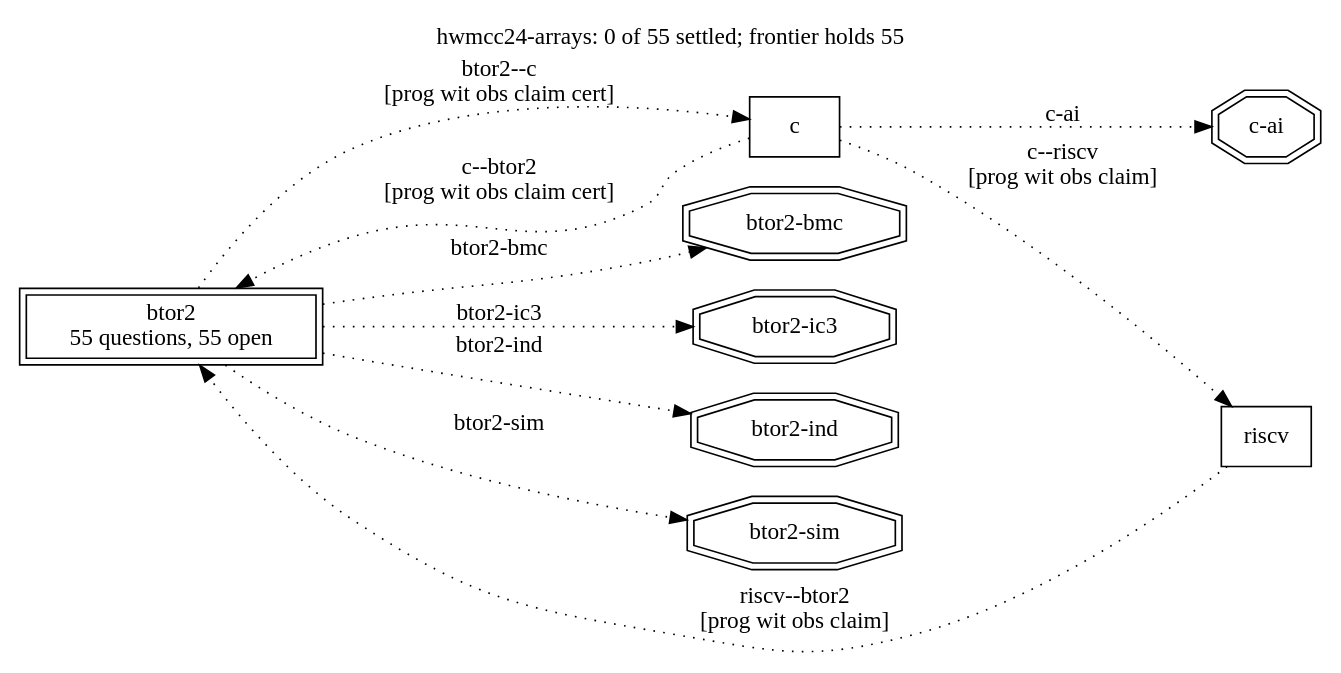
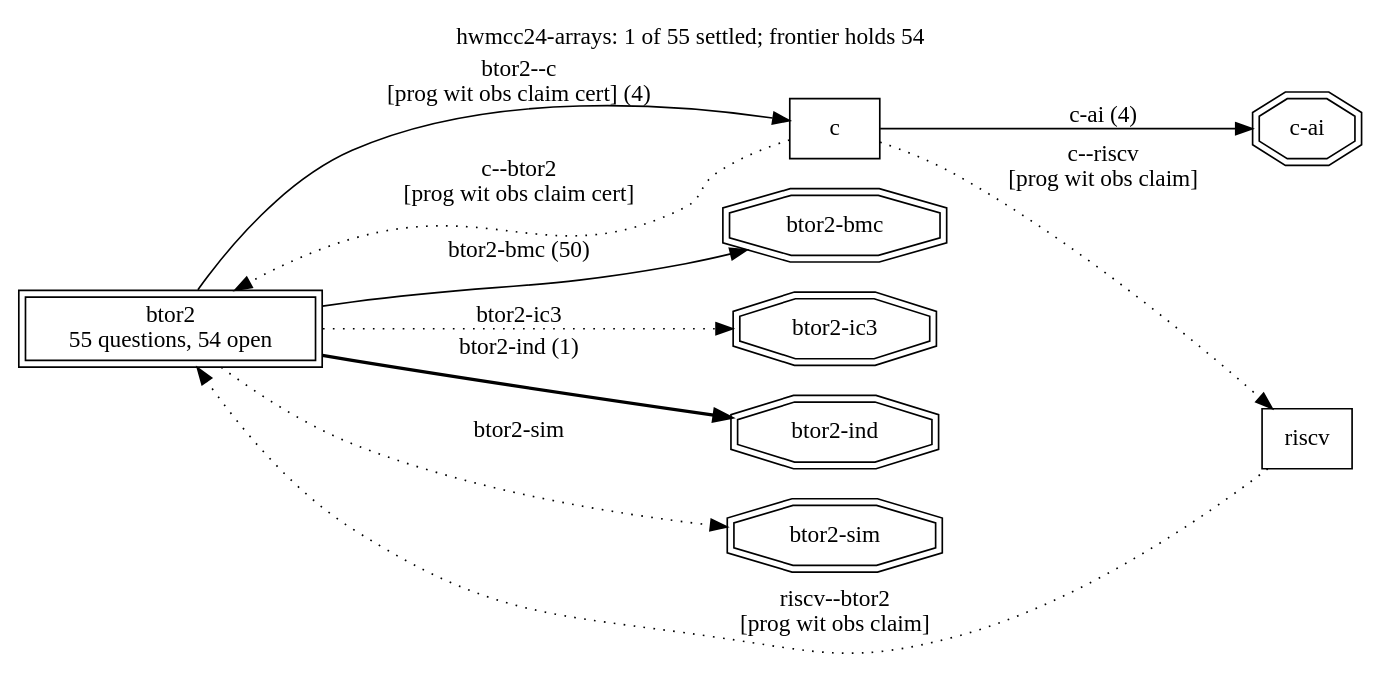
Before and after one commit to cksystemsgroup/hurdy-gurdy: the diagram in runs/hwmcc24-arrays/frontier.dot, drawn with Graphviz. The commit also changed 10 other files, not shown here.

```diff
--- a/runs/hwmcc24-arrays/frontier.dot
+++ b/runs/hwmcc24-arrays/frontier.dot
@@ -1,22 +1,22 @@
 digraph "hwmcc24-arrays" {
   rankdir=LR; labelloc=t;
-  label="hwmcc24-arrays: 0 of 55 settled; frontier holds 55";
+  label="hwmcc24-arrays: 1 of 55 settled; frontier holds 54";
   node [shape=box];
-  "btor2" [peripheries=2, label="btor2\n55 questions, 55 open"];
+  "btor2" [peripheries=2, label="btor2\n55 questions, 54 open"];
   "c";
   "riscv";
-  "btor2" -> "c" [style=dotted, label="btor2--c\n[prog wit obs claim cert]"];
+  "btor2" -> "c" [style=solid, label="btor2--c\n[prog wit obs claim cert] (4)"];
   "c" -> "btor2" [style=dotted, label="c--btor2\n[prog wit obs claim cert]"];
   "c" -> "riscv" [style=dotted, label="c--riscv\n[prog wit obs claim]"];
   "riscv" -> "btor2" [style=dotted, label="riscv--btor2\n[prog wit obs claim]"];
   "search:btor2-bmc" [shape=doubleoctagon, label="btor2-bmc"];
-  "btor2" -> "search:btor2-bmc" [style=dotted, label="btor2-bmc"];
+  "btor2" -> "search:btor2-bmc" [style=solid, label="btor2-bmc (50)"];
   "search:btor2-ic3" [shape=doubleoctagon, label="btor2-ic3"];
   "btor2" -> "search:btor2-ic3" [style=dotted, label="btor2-ic3"];
   "search:btor2-ind" [shape=doubleoctagon, label="btor2-ind"];
-  "btor2" -> "search:btor2-ind" [style=dotted, label="btor2-ind"];
+  "btor2" -> "search:btor2-ind" [style=bold, label="btor2-ind (1)"];
   "search:btor2-sim" [shape=doubleoctagon, label="btor2-sim"];
   "btor2" -> "search:btor2-sim" [style=dotted, label="btor2-sim"];
   "search:c-ai" [shape=doubleoctagon, label="c-ai"];
-  "c" -> "search:c-ai" [style=dotted, label="c-ai"];
+  "c" -> "search:c-ai" [style=solid, label="c-ai (4)"];
 }
```
